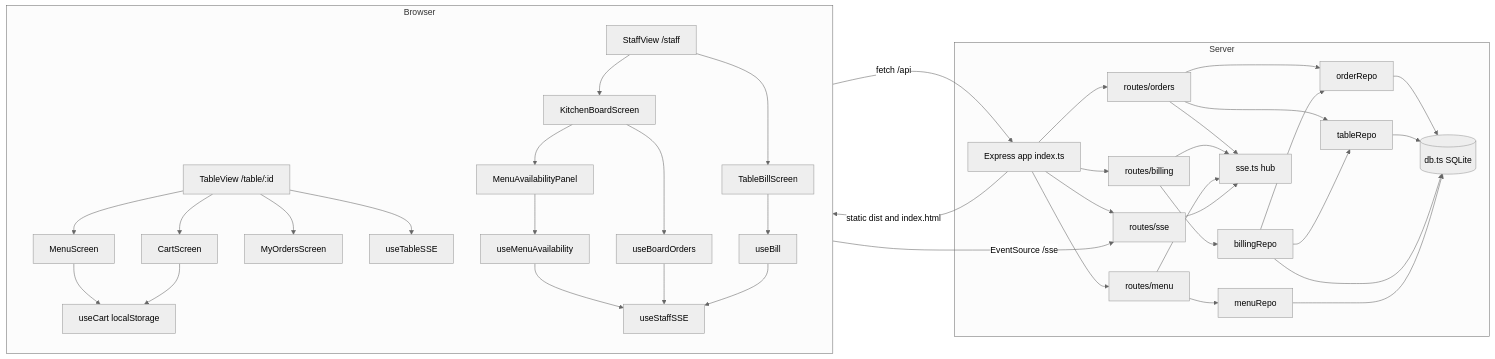
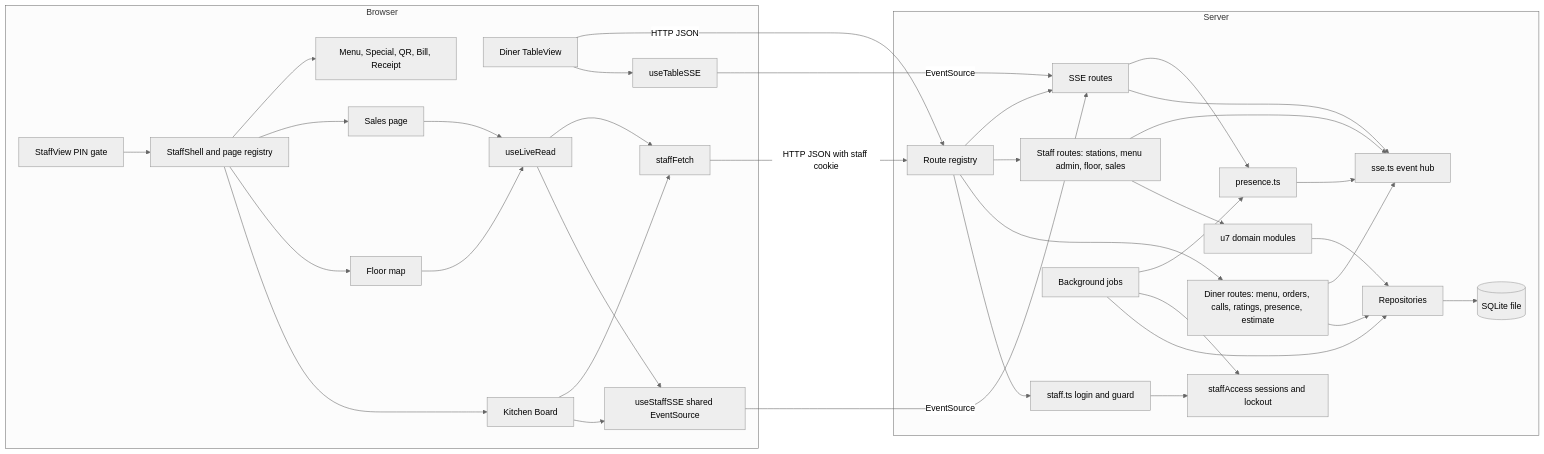
One commit to umaiss/restaurants_managment- changed the first of 5 diagrams in aidlc/spaces/default/codekb/table-order/architecture.md. Above: the diagram before and after it, drawn with Mermaid (neutral theme). The commit also changed other lines of this file and 117 other files, not shown here.

````diff
--- a/aidlc/spaces/default/codekb/table-order/architecture.md
+++ b/aidlc/spaces/default/codekb/table-order/architecture.md
@@ -16,46 +21,40 @@
 ```mermaid
 flowchart LR
   subgraph Browser
-    TV[TableView /table/:id]
-    SV[StaffView /staff]
-    TV --> MS[MenuScreen]
-    TV --> CS[CartScreen]
-    TV --> MO[MyOrdersScreen]
-    SV --> KB[KitchenBoardScreen]
-    SV --> TB[TableBillScreen]
-    KB --> MAP[MenuAvailabilityPanel]
-    TV --> UTS[useTableSSE]
-    KB --> UBO[useBoardOrders]
-    TB --> UB[useBill]
-    UBO --> USS[useStaffSSE]
-    UB --> USS
-    MAP --> UMA[useMenuAvailability]
-    UMA --> USS
-    CS --> UC[useCart localStorage]
-    MS --> UC
+    DV[Diner TableView] --> TSSE[useTableSSE]
+    SV[StaffView PIN gate] --> SS[StaffShell and page registry]
+    SS --> KB[Kitchen Board]
+    SS --> FP[Floor map]
+    SS --> SP[Sales page]
+    SS --> OP[Menu, Special, QR, Bill, Receipt]
+    KB --> SSSE[useStaffSSE shared EventSource]
+    FP --> LR[useLiveRead]
+    SP --> LR
+    LR --> SSSE
+    LR --> SF[staffFetch]
+    KB --> SF
   end
   subgraph Server
-    API[Express app index.ts]
-    API --> OR[routes/orders]
-    API --> BR[routes/billing]
-    API --> MR[routes/menu]
-    API --> SR[routes/sse]
-    OR --> ORP[orderRepo]
-    OR --> TRP[tableRepo]
-    BR --> BRP[billingRepo]
-    MR --> MRP[menuRepo]
-    BRP --> ORP
-    BRP --> TRP
-    ORP --> DB[(db.ts SQLite)]
-    TRP --> DB
-    BRP --> DB
-    MRP --> DB
-    OR --> HUB[sse.ts hub]
-    BR --> HUB
-    MR --> HUB
-    SR --> HUB
+    REG[Route registry] --> SR[staff.ts login and guard]
+    REG --> DR[Diner routes: menu, orders, calls, ratings, presence, estimate]
+    REG --> UR[Staff routes: stations, menu admin, floor, sales]
+    REG --> SSER[SSE routes]
+    SR --> SA[staffAccess sessions and lockout]
+    DR --> REPO[Repositories]
+    UR --> DOM[u7 domain modules]
+    DOM --> REPO
+    REPO --> DB[(SQLite file)]
+    DR --> HUB[sse.ts event hub]
+    UR --> HUB
+    SSER --> HUB
+    SSER --> PRES[presence.ts]
+    PRES --> HUB
+    BG[Background jobs] --> REPO
+    BG --> SA
+    BG --> PRES
   end
-  Browser -- fetch /api --> API
-  Browser -- EventSource /sse --> SR
-  API -- static dist and index.html --> Browser
+  SF -->|HTTP JSON with staff cookie| REG
+  TSSE -->|EventSource| SSER
+  SSSE -->|EventSource| SSER
+  DV -->|HTTP JSON| REG
 ```
````
